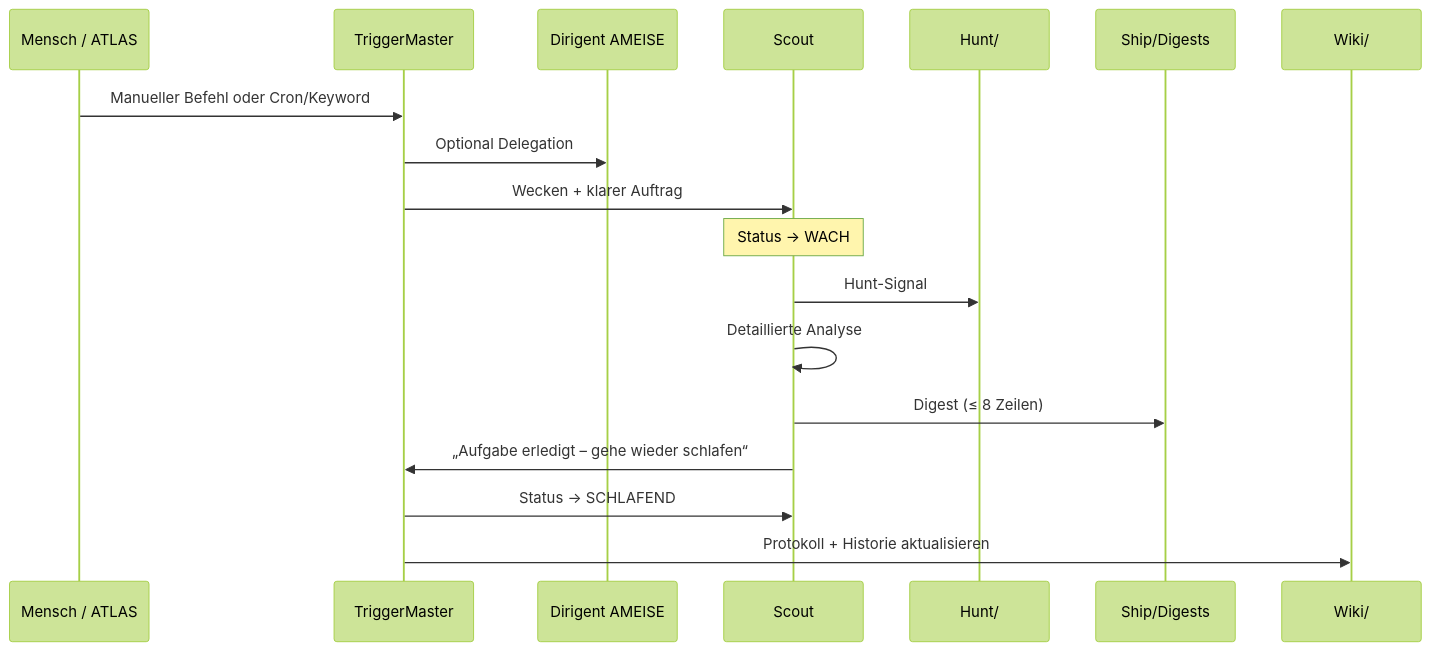
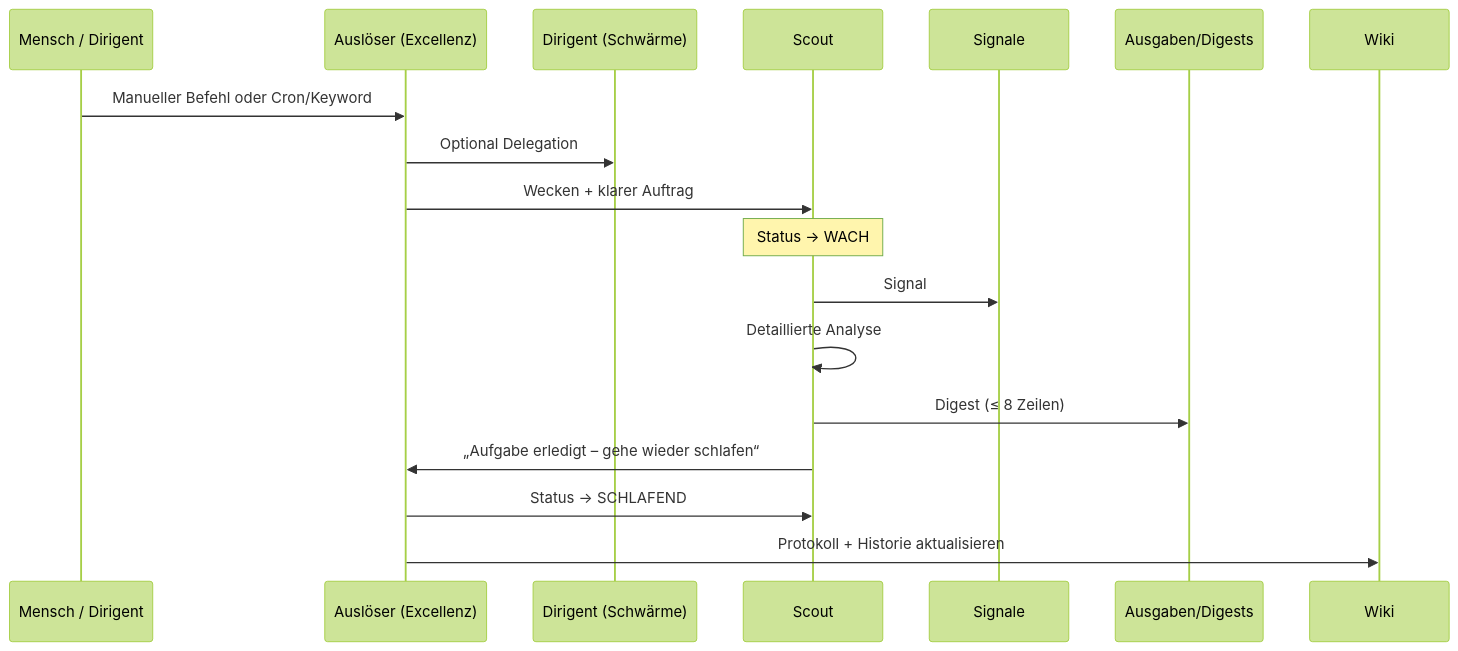
One commit to Rosary-mom/worldmonitor changed the diagram in public/rosary-atlas/03-Scout-Aktivierungs-Loop.md. Above: the diagram before and after it, drawn with Mermaid (forest theme). The commit also changed other lines of this file and 5 other files, not shown here.

````diff
--- a/public/rosary-atlas/03-Scout-Aktivierungs-Loop.md
+++ b/public/rosary-atlas/03-Scout-Aktivierungs-Loop.md
@@ -3,21 +3,21 @@
 ```mermaid
 sequenceDiagram
-    participant User as Mensch / ATLAS
-    participant TM as TriggerMaster
-    participant AMEISE as Dirigent AMEISE
+    participant User as Mensch / Dirigent
+    participant TM as Auslöser (Excellenz)
+    participant DIR as Dirigent (Schwärme)
     participant Scout as Scout
-    participant Hunt as Hunt/
-    participant Ship as Ship/Digests
-    participant Wiki as Wiki/
+    participant Sig as Signale
+    participant Ship as Ausgaben/Digests
+    participant Wiki as Wiki
 
     User->>TM: Manueller Befehl oder Cron/Keyword
-    TM->>AMEISE: Optional Delegation
+    TM->>DIR: Optional Delegation
     TM->>Scout: Wecken + klarer Auftrag
     Note over Scout: Status → WACH
-    Scout->>Hunt: Hunt-Signal
+    Scout->>Sig: Signal
     Scout->>Scout: Detaillierte Analyse
     Scout->>Ship: Digest (≤ 8 Zeilen)
     Scout->>TM: „Aufgabe erledigt – gehe wieder schlafen“
     TM->>Scout: Status → SCHLAFEND
     TM->>Wiki: Protokoll + Historie aktualisieren
 ```
````
